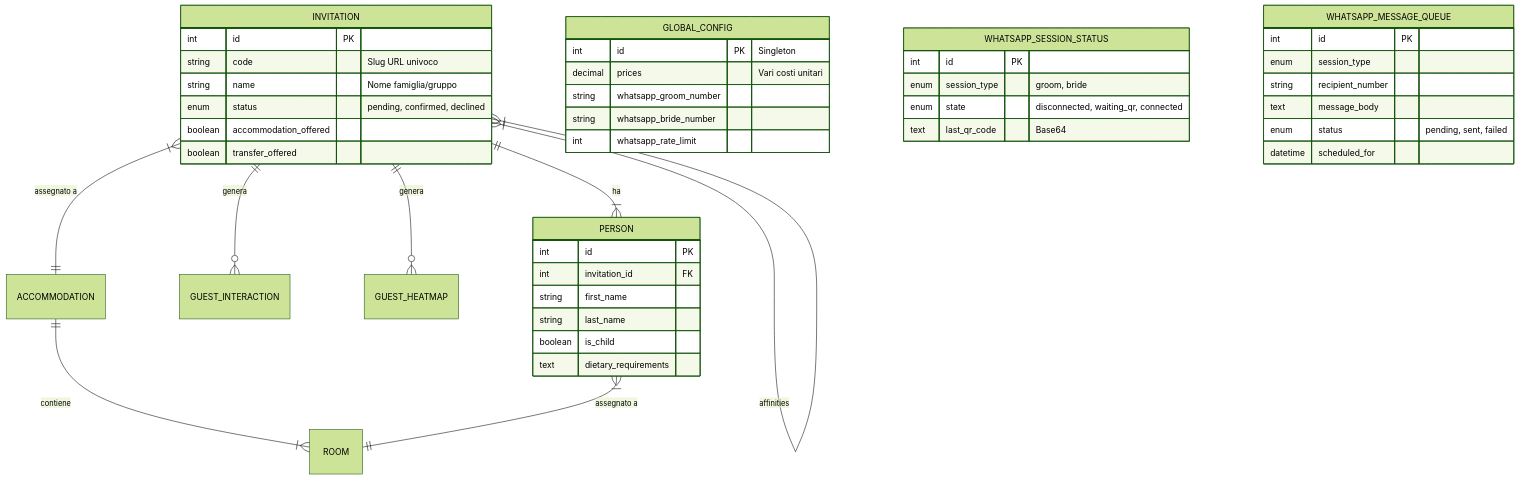
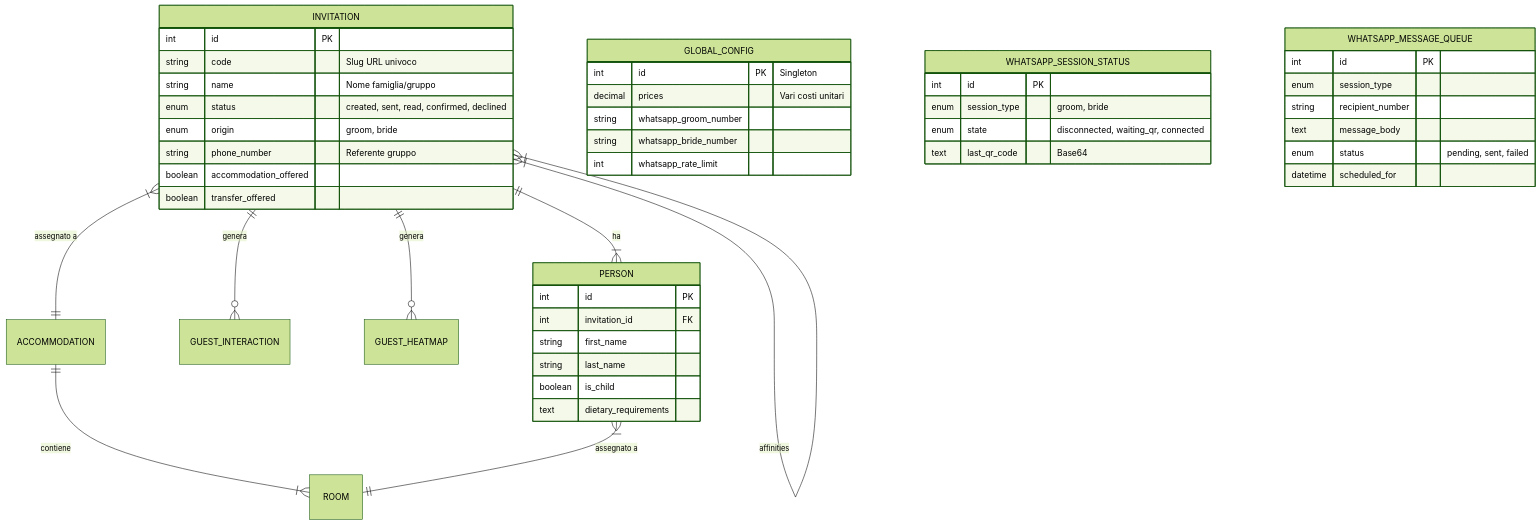
The diagram in docs/02-DATABASE.md (nemocrk/my-wedding-app), drawn with Mermaid (forest theme) before and after one commit. The commit also changed other lines of this file, not shown here.

Commit message:
docs: update database schema with origin and phone fields

````diff
--- a/docs/02-DATABASE.md
+++ b/docs/02-DATABASE.md
@@ -7,53 +7,55 @@
 ```mermaid
 erDiagram
     INVITATION ||--|{ PERSON : "ha"
     INVITATION ||--o{ GUEST_INTERACTION : "genera"
     INVITATION ||--o{ GUEST_HEATMAP : "genera"
     INVITATION }|--|{ INVITATION : "affinities"
     
     ACCOMMODATION ||--|{ ROOM : "contiene"
     INVITATION }|--|| ACCOMMODATION : "assegnato a"
     PERSON }|--|| ROOM : "assegnato a"
 
     INVITATION {
         int id PK
         string code "Slug URL univoco"
         string name "Nome famiglia/gruppo"
-        enum status "pending, confirmed, declined"
+        enum status "created, sent, read, confirmed, declined"
+        enum origin "groom, bride"
+        string phone_number "Referente gruppo"
         boolean accommodation_offered
         boolean transfer_offered
     }
 
     PERSON {
         int id PK
         int invitation_id FK
         string first_name
         string last_name
         boolean is_child
         text dietary_requirements
     }
 
     GLOBAL_CONFIG {
         int id PK "Singleton"
         decimal prices "Vari costi unitari"
         string whatsapp_groom_number
         string whatsapp_bride_number
         int whatsapp_rate_limit
     }
 
     WHATSAPP_SESSION_STATUS {
         int id PK
         enum session_type "groom, bride"
         enum state "disconnected, waiting_qr, connected"
         text last_qr_code "Base64"
     }
 
     WHATSAPP_MESSAGE_QUEUE {
         int id PK
         enum session_type
         string recipient_number
         text message_body
         enum status "pending, sent, failed"
         datetime scheduled_for
     }
 ```
````
